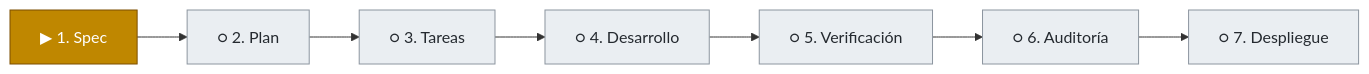
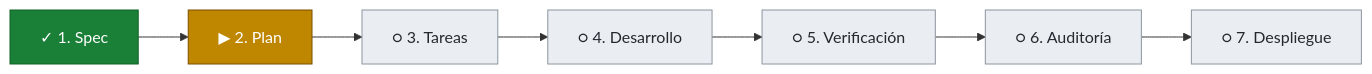
Diagram 14 of 14 in docs/tablero.md (snavello/EVALUON), drawn with Mermaid before and after one commit. The commit also changed other lines of this file and 2 other files, not shown here.

Commit message:
gestión: spec 014 aprobada por el responsable

````diff
--- a/docs/tablero.md
+++ b/docs/tablero.md
@@ -1043,9 +1043,9 @@
 ```mermaid
 flowchart LR
-  E0["▶ 1. Spec"]:::active --> E1["○ 2. Plan"]:::todo --> E2["○ 3. Tareas"]:::todo --> E3["○ 4. Desarrollo"]:::todo --> E4["○ 5. Verificación"]:::todo --> E5["○ 6. Auditoría"]:::todo --> E6["○ 7. Despliegue"]:::todo
+  E0["✓ 1. Spec"]:::done --> E1["▶ 2. Plan"]:::active --> E2["○ 3. Tareas"]:::todo --> E3["○ 4. Desarrollo"]:::todo --> E4["○ 5. Verificación"]:::todo --> E5["○ 6. Auditoría"]:::todo --> E6["○ 7. Despliegue"]:::todo
   classDef done fill:#1a7f37,stroke:#116329,color:#ffffff
   classDef review fill:#0969da,stroke:#0550ae,color:#ffffff
   classDef active fill:#bf8700,stroke:#7d4e00,color:#ffffff
   classDef blocked fill:#cf222e,stroke:#a40e26,color:#ffffff
   classDef todo fill:#eaeef2,stroke:#8c959f,color:#24292f
 ```
````
